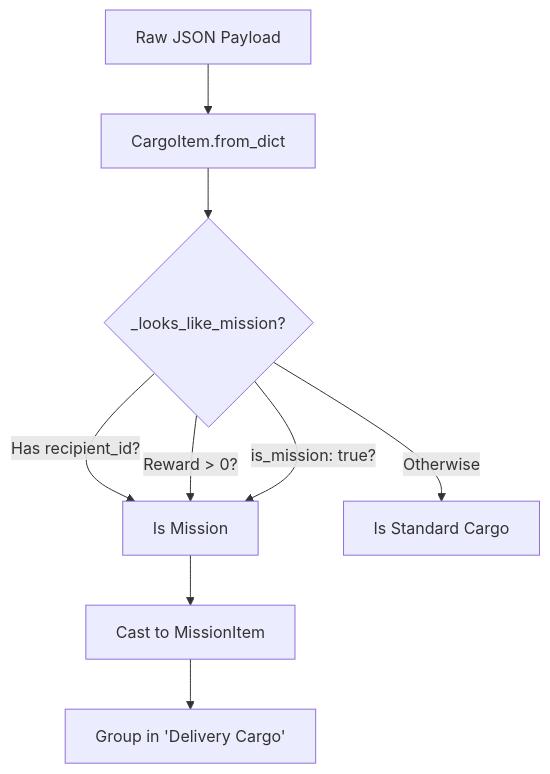
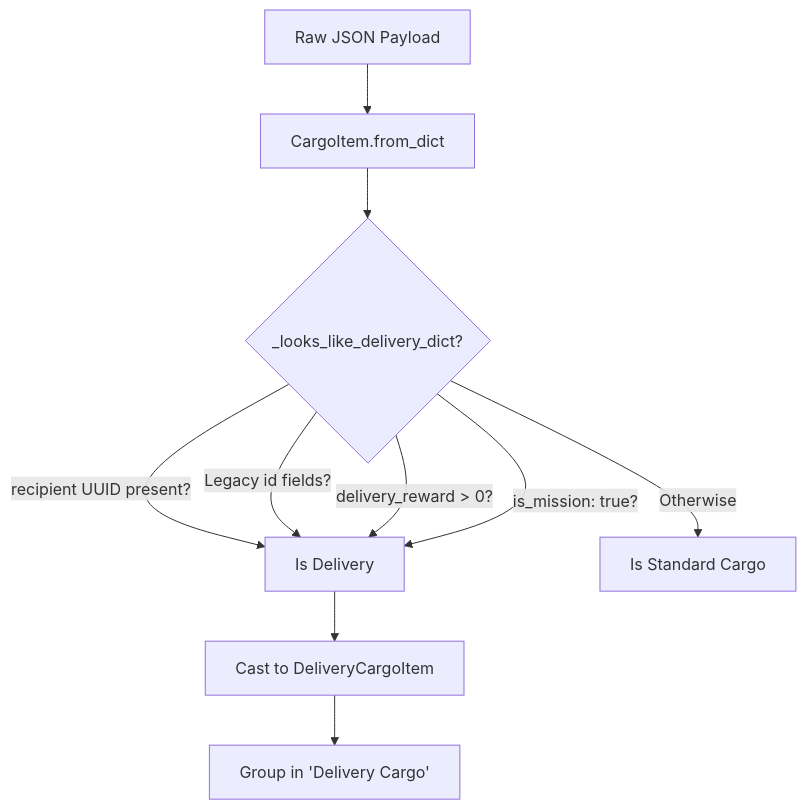
One commit to OoriData/DF_Godot changed the first of 2 diagrams in docs/03_Systems/ItemsAndMissions.md. Above: the diagram before and after it, drawn with Mermaid. The commit also changed other lines of this file and 2 other files, not shown here.

````diff
--- a/docs/03_Systems/ItemsAndMissions.md
+++ b/docs/03_Systems/ItemsAndMissions.md
@@ -39,13 +40,14 @@
 ```mermaid
 graph TD
     Raw[Raw JSON Payload] --> Parse[CargoItem.from_dict]
-    Parse --> Check{_looks_like_mission?}
+    Parse --> Check{_looks_like_delivery_dict?}
     
-    Check -->|Has recipient_id?| Yes[Is Mission]
-    Check -->|Reward > 0?| Yes
+    Check -->|recipient UUID present?| Yes[Is Delivery]
+    Check -->|Legacy id fields?| Yes
+    Check -->|delivery_reward > 0?| Yes
     Check -->|is_mission: true?| Yes
     Check -->|Otherwise| No[Is Standard Cargo]
     
-    Yes --> Classify[Cast to MissionItem]
+    Yes --> Classify[Cast to DeliveryCargoItem]
     Classify --> UI[Group in 'Delivery Cargo']
 ```
````
